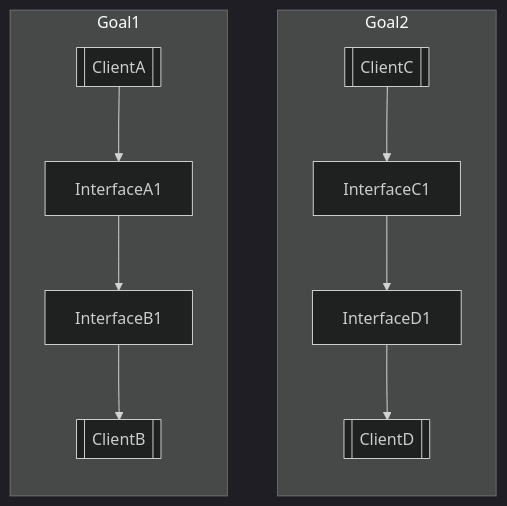
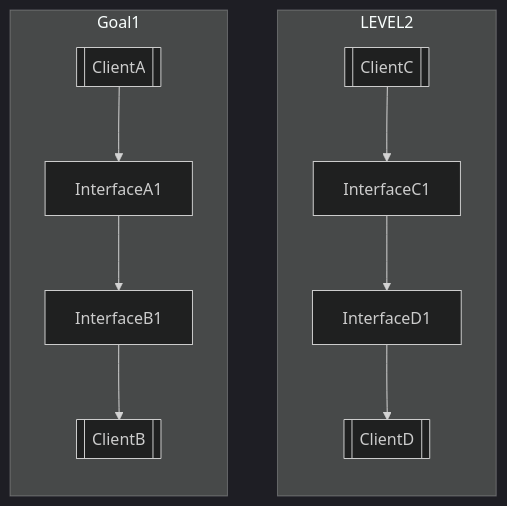
Before and after one commit to rikeda-cloud/net_practice: the first of 2 diagrams in level2.md, drawn with Mermaid. The commit also changed 7 other files, not shown here.

Commit message:
add level7.md && add chart label

````diff
--- a/level2.md
+++ b/level2.md
@@ -12,21 +12,21 @@
 ```mermaid
 %%{init:{'theme': 'dark'}}%%
 %%{init:{'flowchart': {'curve': 'natural'}}}%%
 flowchart
-subgraph Goal2
+subgraph LEVEL2
     direction TB
     CL_C[[ClientC]]
     CL_D[[ClientD]]
     IF_C[InterfaceC1]
     IF_D[InterfaceD1]
     CL_C-->IF_C-->IF_D-->CL_D
 end
 subgraph Goal1
     direction TB
     CL_A[[ClientA]]
     CL_B[[ClientB]]
     IF_A[InterfaceA1]
     IF_B[InterfaceB1]
     CL_A-->IF_A-->IF_B-->CL_B
 end
 ```
````
